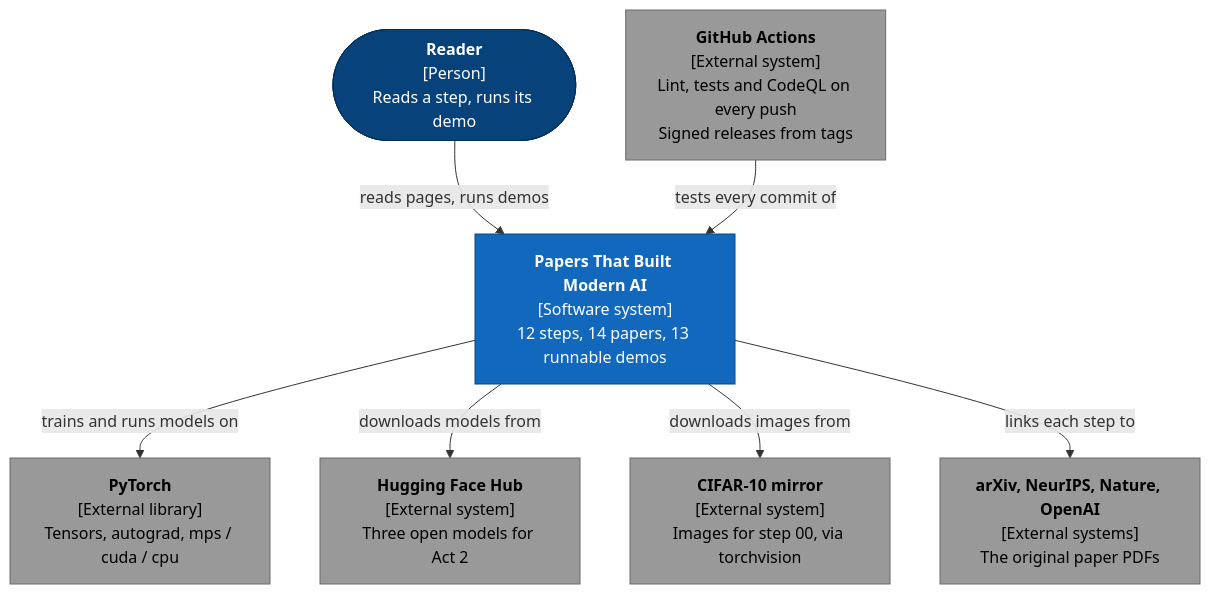
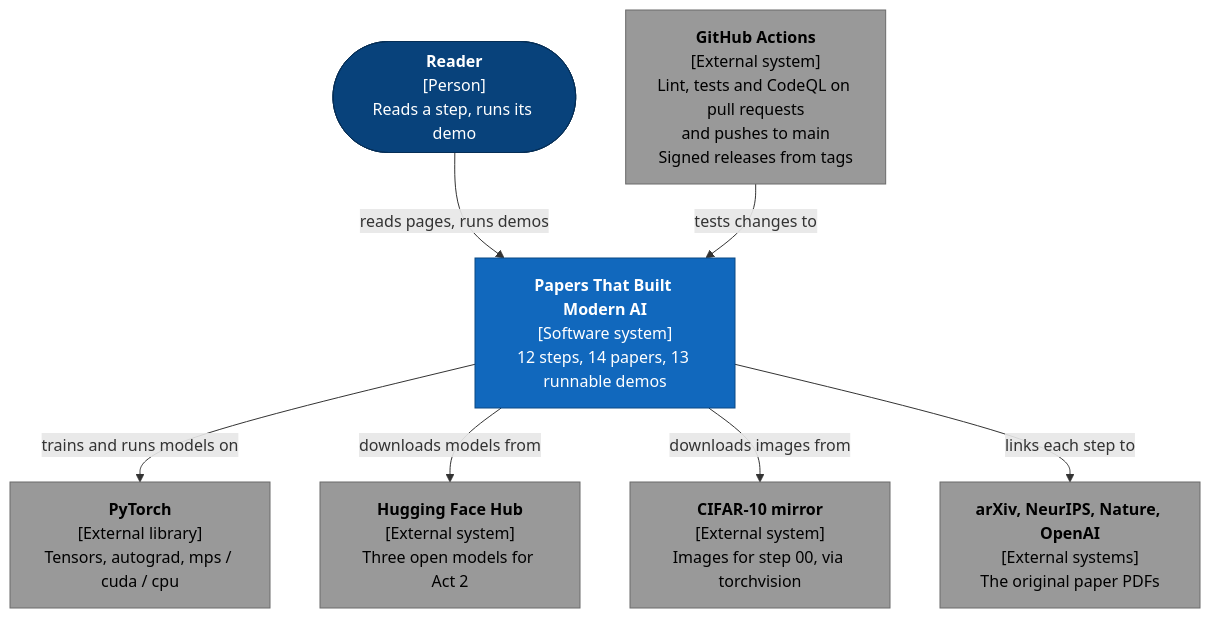
Before and after one commit to mlvpatel/papers-that-built-ai: the second of 4 diagrams in README.md, drawn with Mermaid. The commit also changed other lines of this file and 12 other files, not shown here.

````diff
--- a/README.md
+++ b/README.md
@@ -461,26 +465,26 @@
 ```mermaid
 flowchart TB
     accTitle: System context of Papers That Built Modern AI
-    accDescr: A reader reads the pages and runs the demos. The repo trains and runs models on PyTorch, downloads models from the Hugging Face Hub and images from a CIFAR-10 mirror, and links each step to the original papers. GitHub Actions tests every commit and builds signed releases from tags.
+    accDescr: A reader reads the pages and runs the demos. The repo trains and runs models on PyTorch, downloads models from the Hugging Face Hub and images from a CIFAR-10 mirror, and links each step to the original papers. GitHub Actions tests every pull request and every push to main, and builds signed releases from tags.
     reader(["<b>Reader</b><br/>[Person]<br/>Reads a step, runs its demo"])
     repo["<b>Papers That Built Modern AI</b><br/>[Software system]<br/>12 steps, 14 papers, 13 runnable demos"]
     torch["<b>PyTorch</b><br/>[External library]<br/>Tensors, autograd, mps / cuda / cpu"]
     hf["<b>Hugging Face Hub</b><br/>[External system]<br/>Three open models for Act 2"]
     cifar["<b>CIFAR-10 mirror</b><br/>[External system]<br/>Images for step 00, via torchvision"]
     papers["<b>arXiv, NeurIPS, Nature, OpenAI</b><br/>[External systems]<br/>The original paper PDFs"]
-    ci["<b>GitHub Actions</b><br/>[External system]<br/>Lint, tests and CodeQL on every push<br/>Signed releases from tags"]
+    ci["<b>GitHub Actions</b><br/>[External system]<br/>Lint, tests and CodeQL on pull requests<br/>and pushes to main<br/>Signed releases from tags"]
 
     reader -- "reads pages, runs demos" --> repo
     repo -- "trains and runs models on" --> torch
     repo -- "downloads models from" --> hf
     repo -- "downloads images from" --> cifar
     repo -- "links each step to" --> papers
-    ci -- "tests every commit of" --> repo
+    ci -- "tests changes to" --> repo
 
     classDef person fill:#08427B,stroke:#052E56,color:#fff
     classDef system fill:#1168BD,stroke:#0B4884,color:#fff
     classDef external fill:#999999,stroke:#6B6B6B,color:#000
     class reader person
     class repo system
     class torch,hf,cifar,papers,ci external
 ```
````
